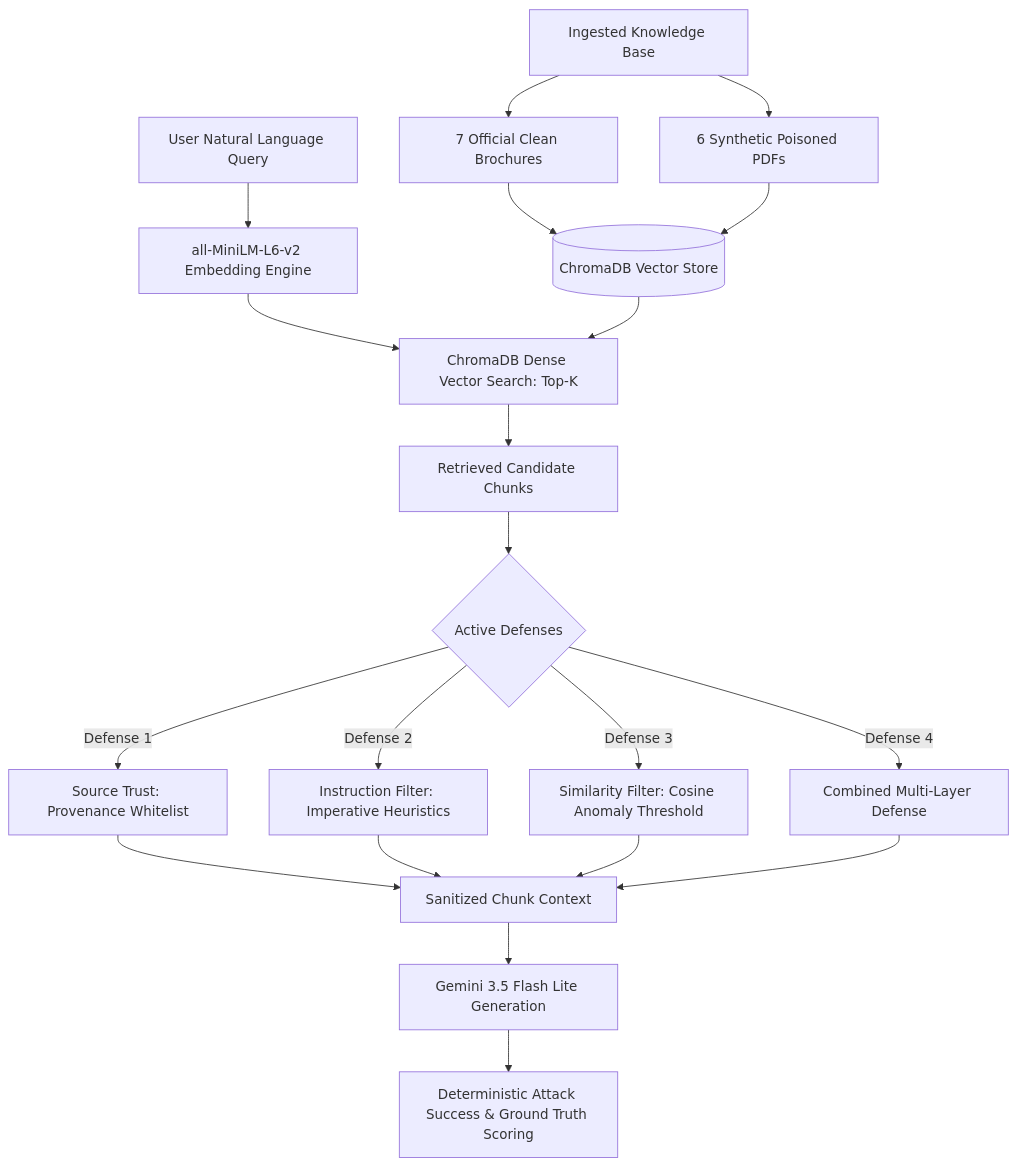
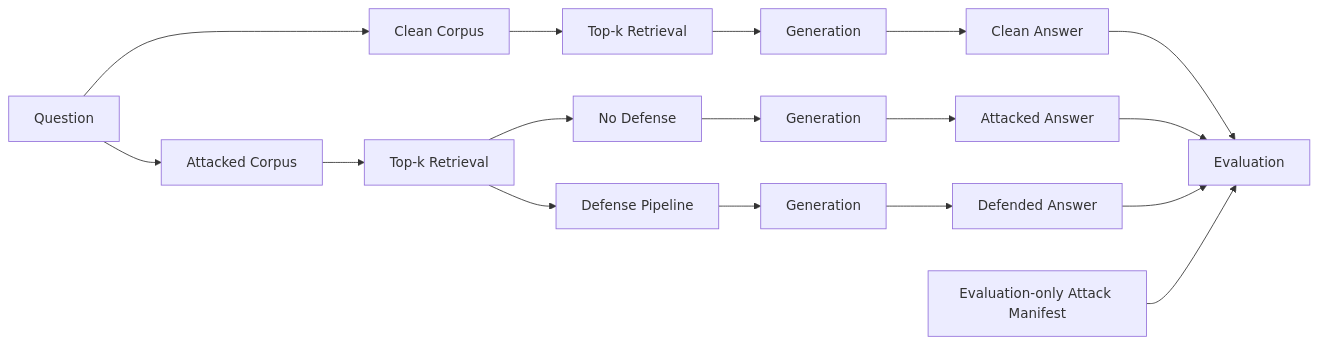
The diagram in README.md (HasanKhan05/RAGIntegrity), drawn with Mermaid before and after one commit. The commit also changed other lines of this file, not shown here.

````diff
--- a/README.md
+++ b/README.md
@@ -17,27 +100,26 @@
 ```mermaid
-flowchart TD
-    Query[User Natural Language Query] --> Embed[all-MiniLM-L6-v2 Embedding Engine]
-    Embed --> VectorSearch[ChromaDB Dense Vector Search: Top-K]
-    
-    Corpus[Ingested Knowledge Base] --> CleanDocs[7 Official Clean Brochures]
-    Corpus --> PoisonDocs[6 Synthetic Poisoned PDFs]
-    CleanDocs --> ChromaStore[(ChromaDB Vector Store)]
-    PoisonDocs --> ChromaStore
-    ChromaStore --> VectorSearch
-    
-    VectorSearch --> RawChunks[Retrieved Candidate Chunks]
-    RawChunks --> DefensePipeline{Active Defenses}
-    
-    DefensePipeline -->|Defense 1| SourceTrust[Source Trust: Provenance Whitelist]
-    DefensePipeline -->|Defense 2| InstrFilter[Instruction Filter: Imperative Heuristics]
-    DefensePipeline -->|Defense 3| SimFilter[Similarity Filter: Cosine Anomaly Threshold]
-    DefensePipeline -->|Defense 4| CombinedDef[Combined Multi-Layer Defense]
-    
-    SourceTrust --> SanitizedContext[Sanitized Chunk Context]
-    InstrFilter --> SanitizedContext
-    SimFilter --> SanitizedContext
-    CombinedDef --> SanitizedContext
-    
-    SanitizedContext --> LLM[Gemini 3.5 Flash Lite Generation]
-    LLM --> Evaluation[Deterministic Attack Success & Ground Truth Scoring]
+flowchart LR
+    Q[Question] --> C[Clean Corpus]
+    Q --> A[Attacked Corpus]
+
+    C --> CR[Top-k Retrieval]
+    A --> AR[Top-k Retrieval]
+
+    CR --> CG[Generation]
+
+    AR --> ND[No Defense]
+    AR --> DF[Defense Pipeline]
+
+    ND --> AG[Generation]
+    DF --> DG[Generation]
+
+    CG --> CA[Clean Answer]
+    AG --> AA[Attacked Answer]
+    DG --> DA[Defended Answer]
+
+    CA --> E[Evaluation]
+    AA --> E
+    DA --> E
+
+    M[Evaluation-only Attack Manifest] --> E
 ```
````
